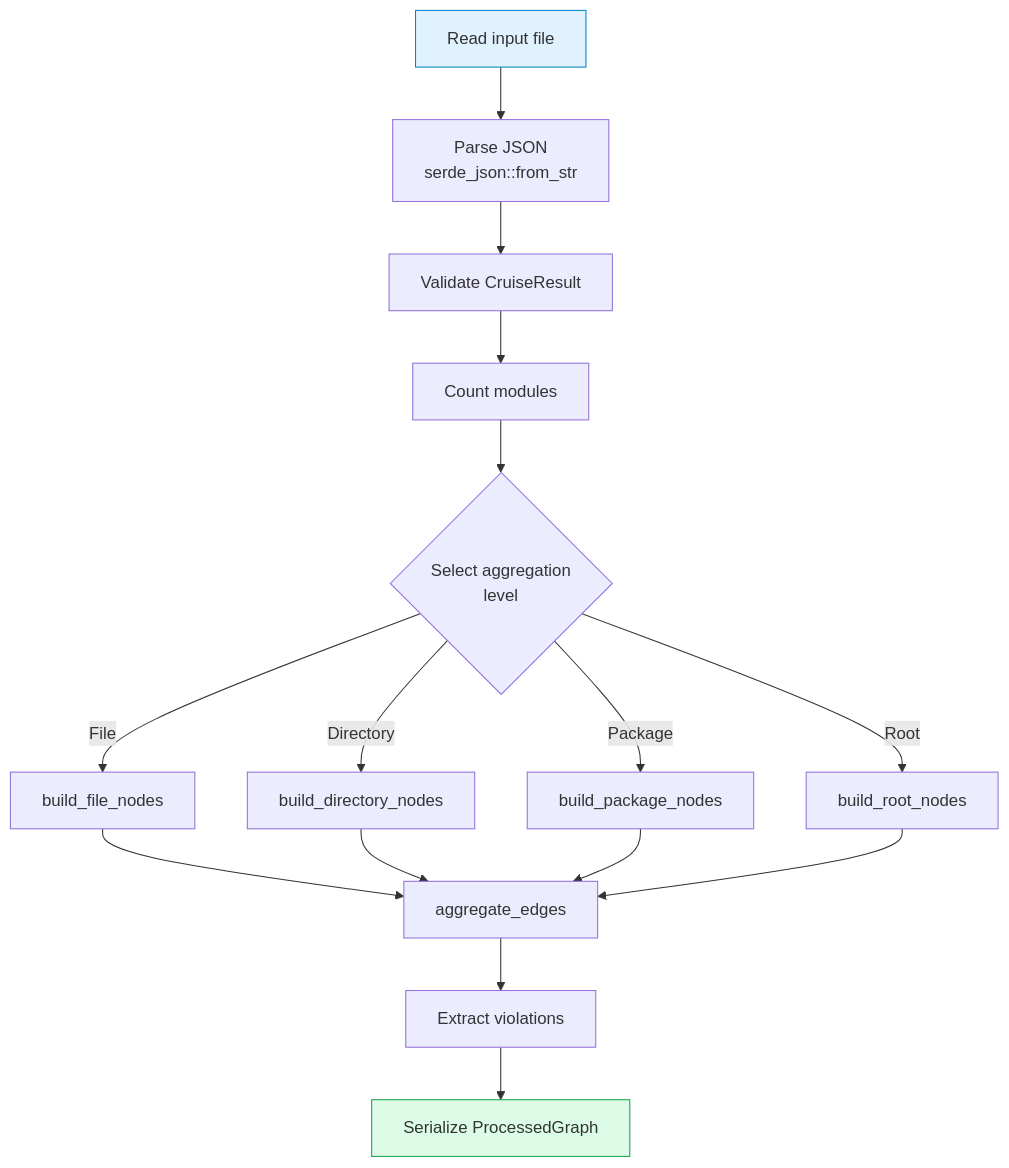
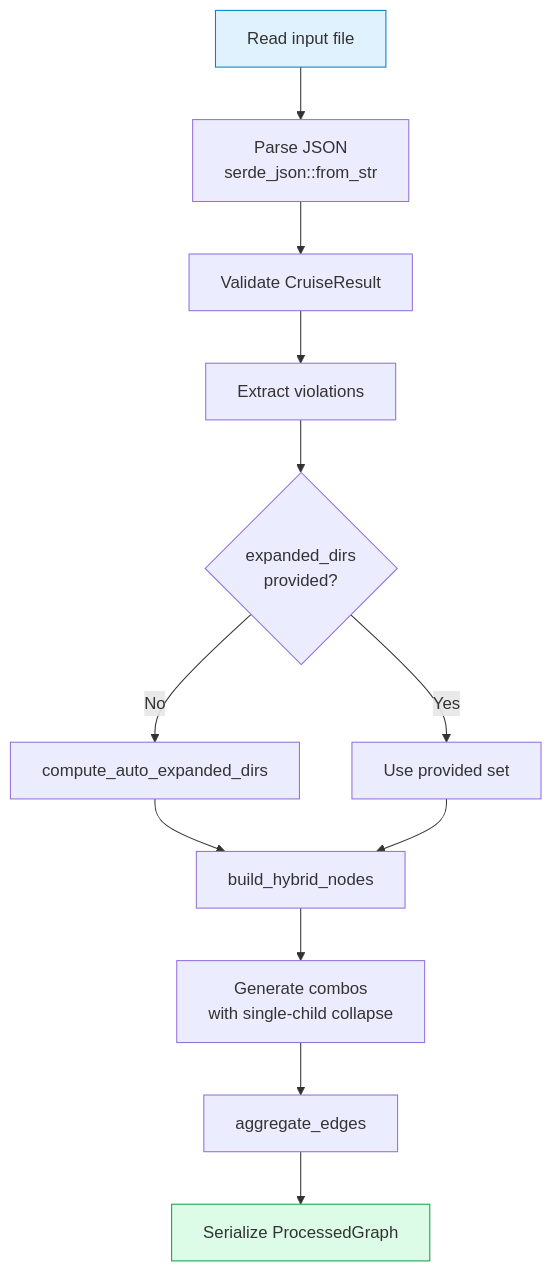
One commit to fisher-89/dependency-cruiser-reporter changed the first of 2 diagrams in docs/backend/rust-engine.md. Above: the diagram before and after it, drawn with Mermaid. The commit also changed other lines of this file and 12 other files, not shown here.

First line of the commit message:
docs: sync documentation with hybrid aggregation changes

````diff
--- a/docs/backend/rust-engine.md
+++ b/docs/backend/rust-engine.md
@@ -29,22 +39,18 @@
 ```mermaid
 flowchart TB
     Input[Read input file] --> Parse[Parse JSON\nserde_json::from_str]
     Parse --> Validate[Validate CruiseResult]
-    Validate --> Count[Count modules]
-    Count --> Select{Select aggregation\nlevel}
-    Select -->|File| FileBuild[build_file_nodes]
-    Select -->|Directory| DirBuild[build_directory_nodes]
-    Select -->|Package| PkgBuild[build_package_nodes]
-    Select -->|Root| RootBuild[build_root_nodes]
+    Validate --> Violations[Extract violations]
+    Violations --> ComputeExpanded{expanded_dirs\nprovided?}
+    ComputeExpanded -->|No| AutoExpand[compute_auto_expanded_dirs]
+    ComputeExpanded -->|Yes| UseProvided[Use provided set]
+    AutoExpand --> BuildHybrid[build_hybrid_nodes]
+    UseProvided --> BuildHybrid
 
-    FileBuild --> EdgeProc[aggregate_edges]
-    DirBuild --> EdgeProc
-    PkgBuild --> EdgeProc
-    RootBuild --> EdgeProc
-
-    EdgeProc --> Violations[Extract violations]
-    Violations --> Output[Serialize ProcessedGraph]
+    BuildHybrid --> Combos[Generate combos\nwith single-child collapse]
+    Combos --> EdgeProc[aggregate_edges]
+    EdgeProc --> Output[Serialize ProcessedGraph]
 
     style Input fill:#e0f2fe,stroke:#0284c7
     style Output fill:#dcfce7,stroke:#16a34a
 ```
````
